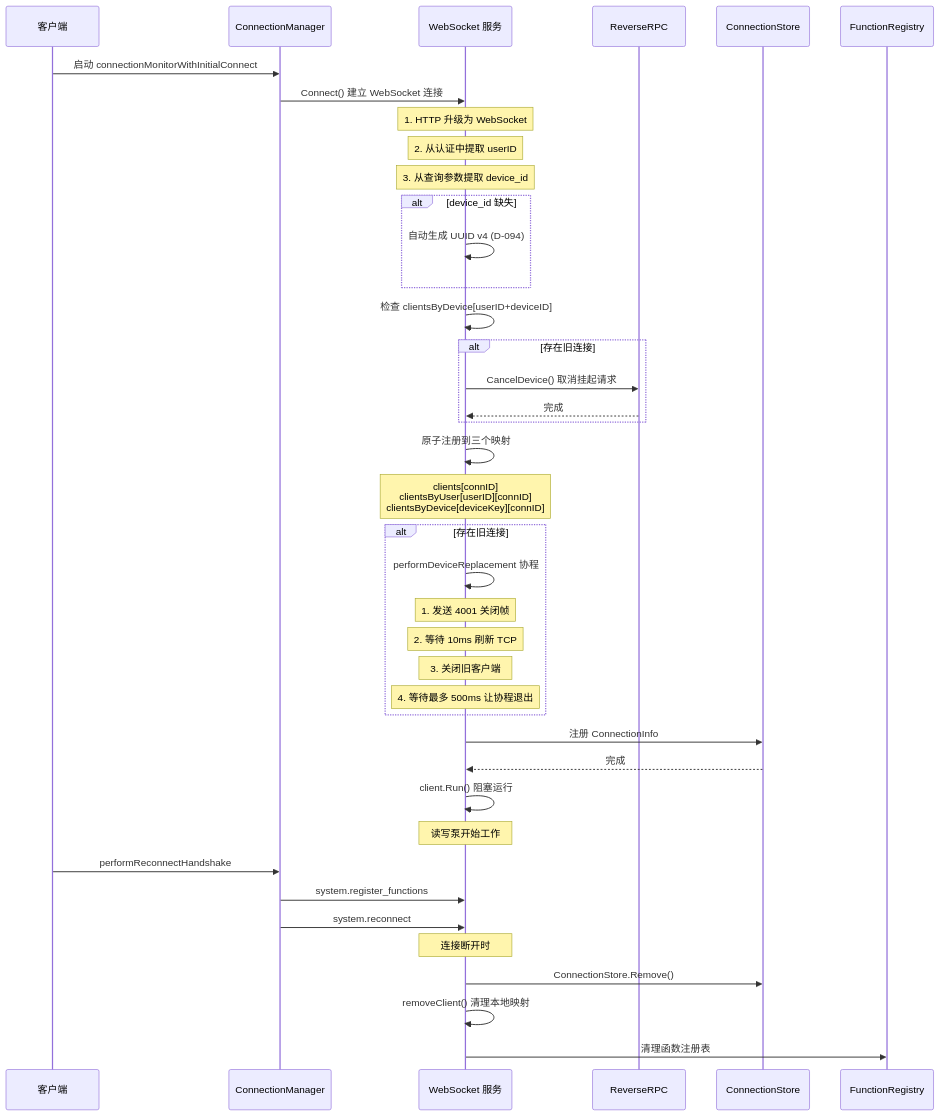
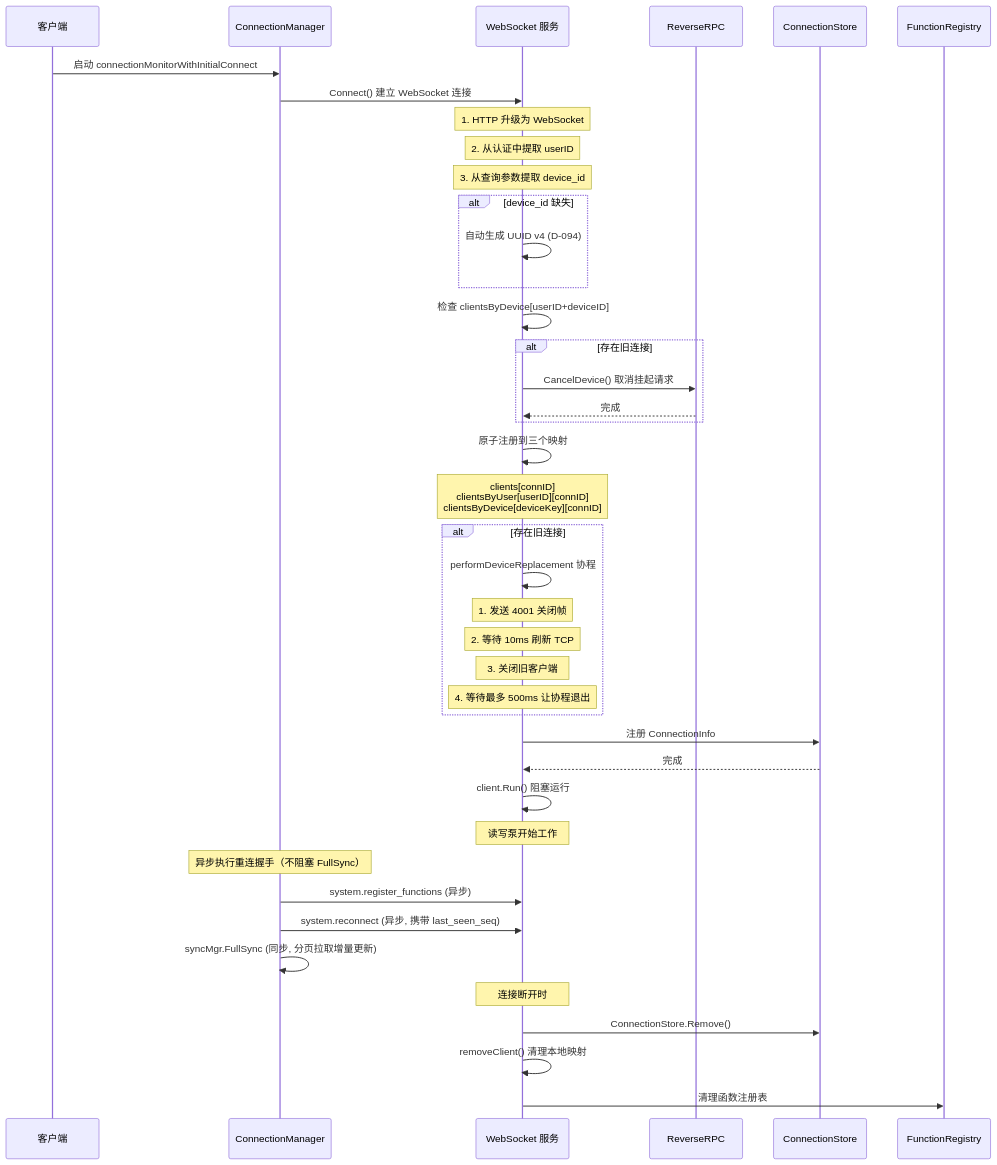
The second of 8 diagrams in wiki/flows/client-registration.md (PineappleBond/xyncra-server), drawn with Mermaid before and after one commit. The commit also changed other lines of this file and 21 other files, not shown here.

````diff
--- a/wiki/flows/client-registration.md
+++ b/wiki/flows/client-registration.md
@@ -58,53 +58,54 @@
 ```mermaid
 sequenceDiagram
     participant C as 客户端
     participant CS as ConnectionManager
     participant WS as WebSocket 服务
     participant RL as ReverseRPC
     participant CM as ConnectionStore
     participant FR as FunctionRegistry
 
     C->>CS: 启动 connectionMonitorWithInitialConnect
     CS->>WS: Connect() 建立 WebSocket 连接
 
     Note over WS: 1. HTTP 升级为 WebSocket
     Note over WS: 2. 从认证中提取 userID
     Note over WS: 3. 从查询参数提取 device_id
 
     alt device_id 缺失
         WS->>WS: 自动生成 UUID v4 (D-094)
     end
 
     WS->>WS: 检查 clientsByDevice[userID+deviceID]
 
     alt 存在旧连接
         WS->>RL: CancelDevice() 取消挂起请求
         RL-->>WS: 完成
     end
 
     WS->>WS: 原子注册到三个映射
     Note over WS: clients[connID]<br/>clientsByUser[userID][connID]<br/>clientsByDevice[deviceKey][connID]
 
     alt 存在旧连接
         WS->>WS: performDeviceReplacement 协程
         Note over WS: 1. 发送 4001 关闭帧
         Note over WS: 2. 等待 10ms 刷新 TCP
         Note over WS: 3. 关闭旧客户端
         Note over WS: 4. 等待最多 500ms 让协程退出
     end
 
     WS->>CM: 注册 ConnectionInfo
     CM-->>WS: 完成
 
     WS->>WS: client.Run() 阻塞运行
     Note over WS: 读写泵开始工作
 
-    C->>CS: performReconnectHandshake
-    CS->>WS: system.register_functions
-    CS->>WS: system.reconnect
+    Note over CS: 异步执行重连握手（不阻塞 FullSync）
+    CS->>WS: system.register_functions (异步)
+    CS->>WS: system.reconnect (异步, 携带 last_seen_seq)
+    CS->>CS: syncMgr.FullSync (同步, 分页拉取增量更新)
 
     Note over WS: 连接断开时
     WS->>CM: ConnectionStore.Remove()
     WS->>WS: removeClient() 清理本地映射
     WS->>FR: 清理函数注册表
 ```
````
